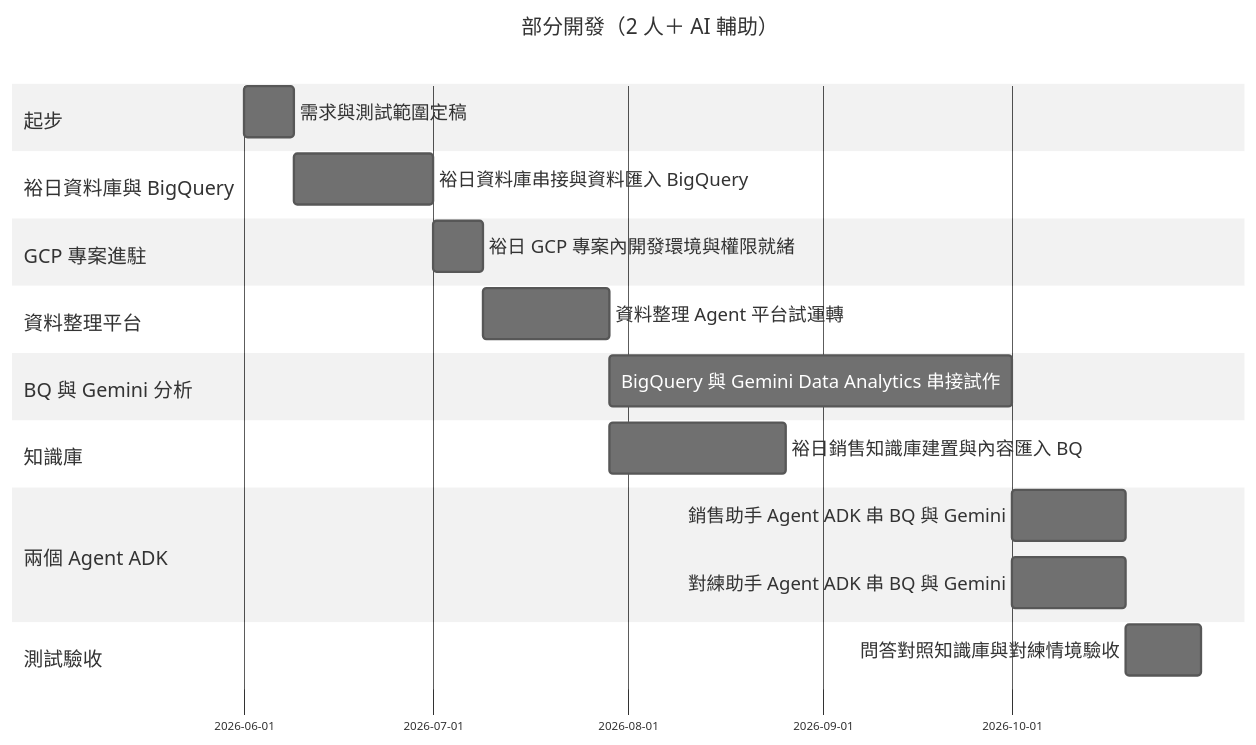
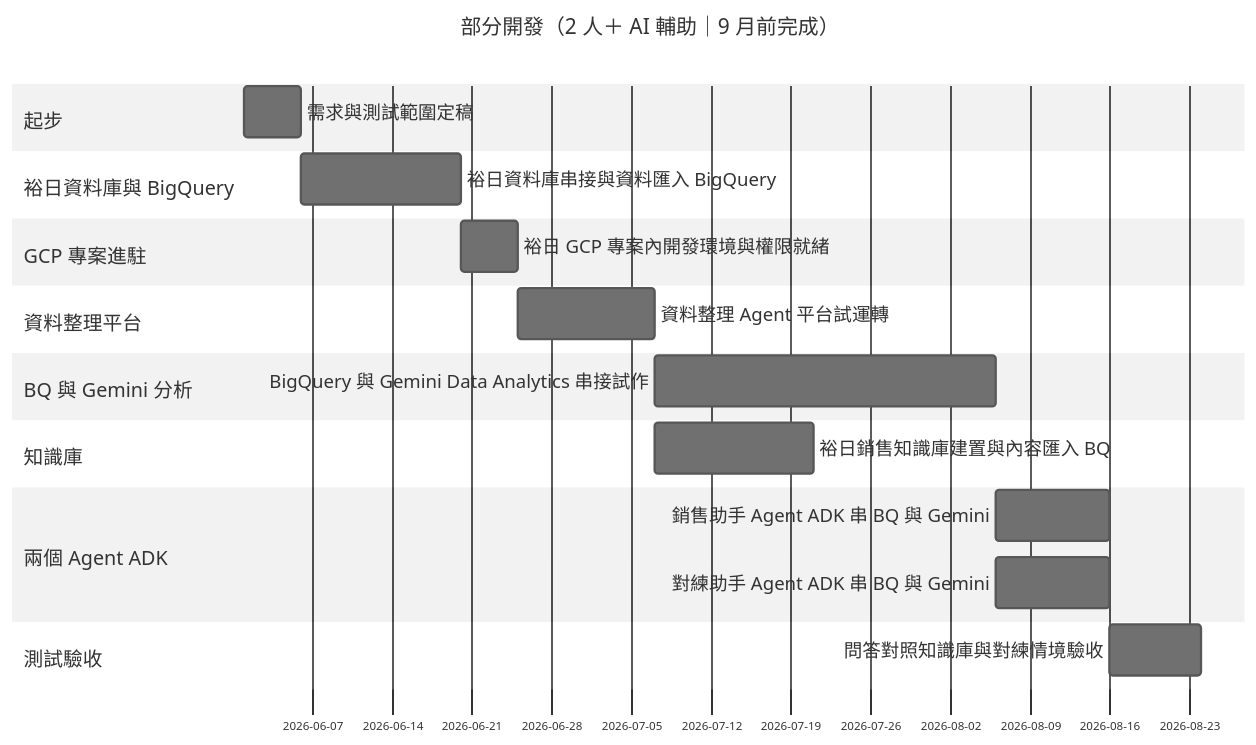
One commit to humtersiso/YNM_Sales_AI_Coach changed the second of 2 diagrams in PROJECT_SCOPE_SALES_TRAINING.md. Above: the diagram before and after it, drawn with Mermaid (neutral theme). The commit also changed other lines of this file, not shown here.

Commit message:
docs: 4.2 部分開發時程壓至 2026 年 9 月前完成

````diff
--- a/PROJECT_SCOPE_SALES_TRAINING.md
+++ b/PROJECT_SCOPE_SALES_TRAINING.md
@@ -190,45 +192,45 @@
 ```mermaid
 
 %%{init: { "gantt": { "barHeight": 44, "barGap": 14, "fontSize": 16, "sectionFontSize": 17, "topPadding": 70, "leftPadding": 200, "gridLineStartPadding": 50 } } }%%
 
 gantt
 
-title 部分開發（2 人＋ AI 輔助）
+title 部分開發（2 人＋ AI 輔助｜9 月前完成）
 
 dateFormat YYYY-MM-DD
 
 section 起步
 
-需求與測試範圍定稿 :v0, 2026-06-01, 8d
+需求與測試範圍定稿 :v0, 2026-06-01, 5d
 
 section 裕日資料庫與 BigQuery
 
-裕日資料庫串接與資料匯入 BigQuery :vdb, after v0, 22d
+裕日資料庫串接與資料匯入 BigQuery :vdb, after v0, 14d
 
 section GCP 專案進駐
 
-裕日 GCP 專案內開發環境與權限就緒 :v1, after vdb, 8d
+裕日 GCP 專案內開發環境與權限就緒 :v1, after vdb, 5d
 
 section 資料整理平台
 
-資料整理 Agent 平台試運轉 :v2, after v1, 20d
+資料整理 Agent 平台試運轉 :v2, after v1, 12d
 
 section BQ 與 Gemini 分析
 
-BigQuery 與 Gemini Data Analytics 串接試作 :vll, after v2, 64d
+BigQuery 與 Gemini Data Analytics 串接試作 :vll, after v2, 30d
 
 section 知識庫
 
-裕日銷售知識庫建置與內容匯入 BQ :v3, after v2, 28d
+裕日銷售知識庫建置與內容匯入 BQ :v3, after v2, 14d
 
 section 兩個 Agent ADK
 
-銷售助手 Agent ADK 串 BQ 與 Gemini :v4a, after vll v3, 18d
+銷售助手 Agent ADK 串 BQ 與 Gemini :v4a, after vll v3, 10d
 
-對練助手 Agent ADK 串 BQ 與 Gemini :v4b, after vll v3, 18d
+對練助手 Agent ADK 串 BQ 與 Gemini :v4b, after vll v3, 10d
 
 section 測試驗收
 
-問答對照知識庫與對練情境驗收 :v5, after v4a v4b, 12d
+問答對照知識庫與對練情境驗收 :v5, after v4a v4b, 8d
 
 ```
````
